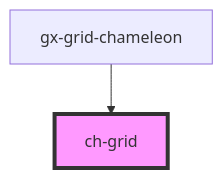
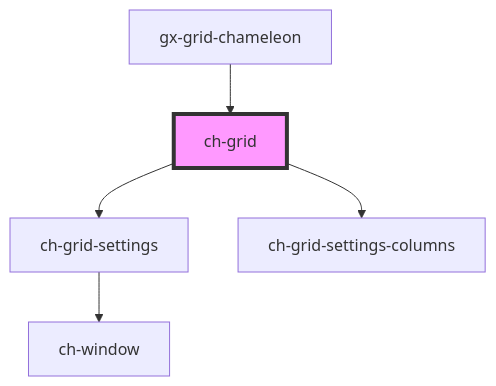
Before and after one commit to genexuslabs/chameleon-controls-library: the diagram in src/components/grid/readme.md, drawn with Mermaid. The commit also changed other lines of this file and 28 other files, not shown here.

````diff
--- a/src/components/grid/readme.md
+++ b/src/components/grid/readme.md
@@ -28,5 +46,8 @@
 ```mermaid
 graph TD;
+  ch-grid --> ch-grid-settings
+  ch-grid --> ch-grid-settings-columns
+  ch-grid-settings --> ch-window
   gx-grid-chameleon --> ch-grid
   style ch-grid fill:#f9f,stroke:#333,stroke-width:4px
 ```
````
